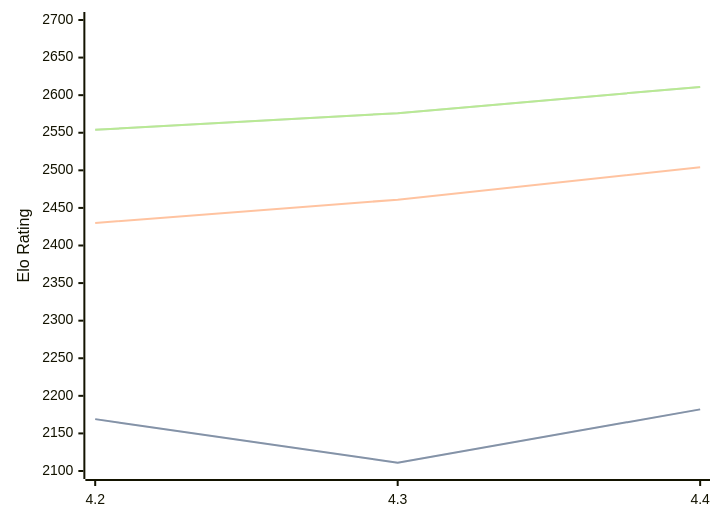
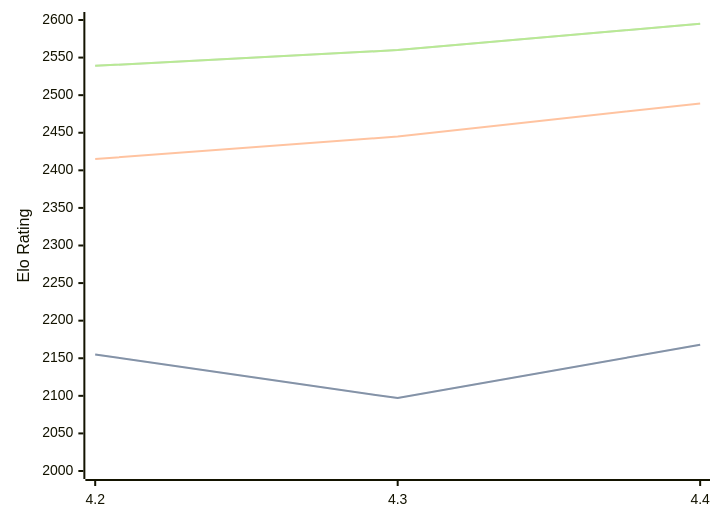
The diagram in engines/Eubos.md (computer-chess-index/cci), drawn with Mermaid before and after one commit. The commit also changed other lines of this file, not shown here.

Commit message:
Update CCI Ratings (ELO VLTC) - 2026-05-20

````diff
--- a/engines/Eubos.md
+++ b/engines/Eubos.md
@@ -89,11 +89,11 @@
 ```mermaid
 %%{init: {"theme":"base","themeVariables":{"seriesColors:['#a3a3a3','#222221','#faa371']}}}%%
 xychart-beta
   x-axis ["4.2", "4.3", "4.4"]
-  y-axis "Elo Rating" 2100 --> 2700
-  line "STC (8.0+0.08s)" [2169, 2111, 2182]
-  line "STC (8.0+0.08s)" [2169, 2111, 2182]
-  line "LTC (60.0+0.60s)" [2430, 2461, 2504]
-  line "VLTC (2m24s+1.12s)" [2554, 2576, 2611]
-  line "VLTC (2m24s+1.12s)" [2554, 2576, 2611]
+  y-axis "Elo Rating" 2000 --> 2600
+  line "STC (8.0+0.08s)" [2155, 2097, 2168]
+  line "STC (8.0+0.08s)" [2155, 2097, 2168]
+  line "LTC (60.0+0.60s)" [2415, 2445, 2489]
+  line "VLTC (2m24s+1.12s)" [2539, 2560, 2595]
+  line "VLTC (2m24s+1.12s)" [2539, 2560, 2595]
 ```
````
